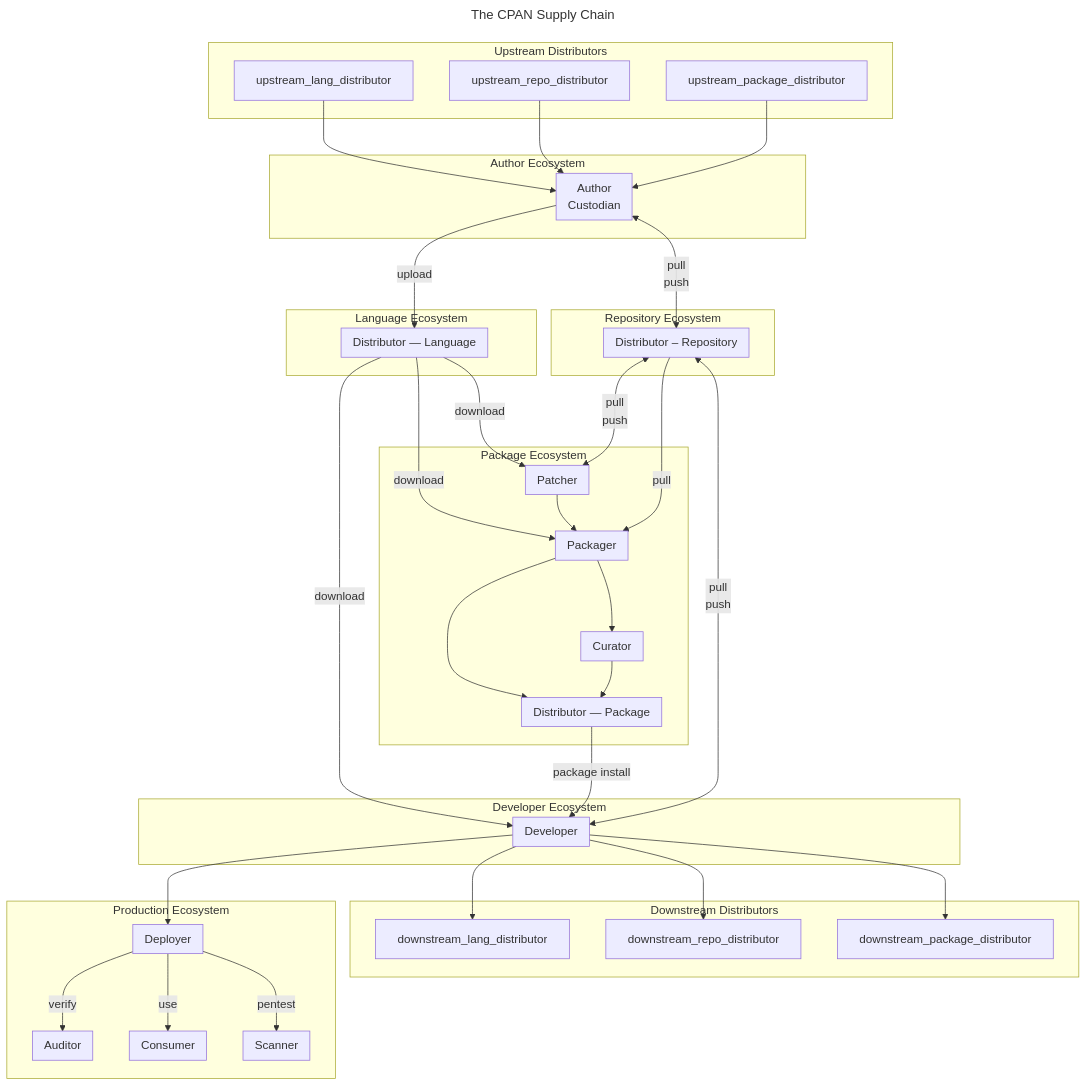
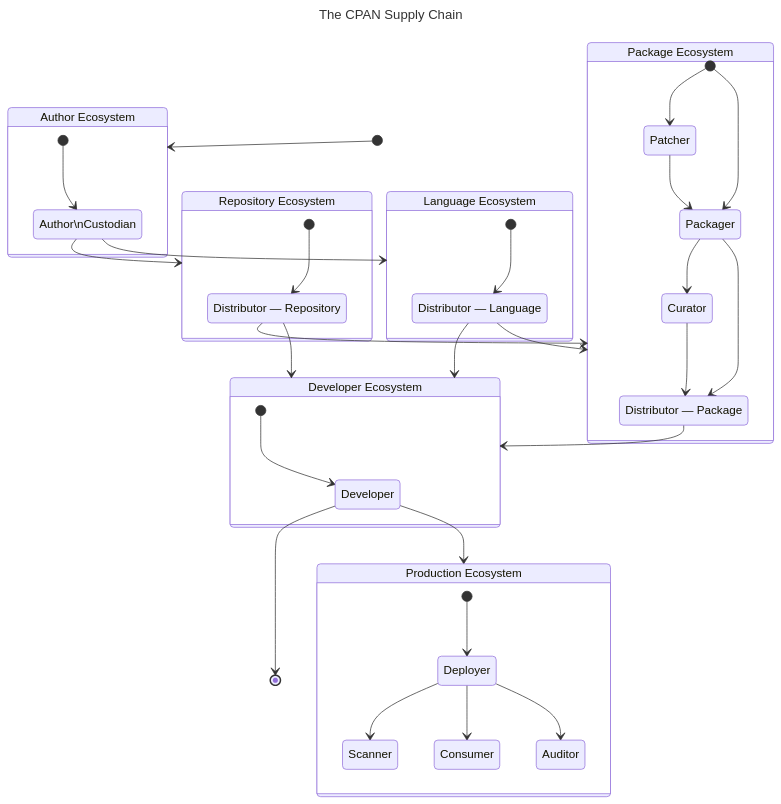
Before and after one commit to CPAN-Security/security.metacpan.org: the diagram in docs/CPAN-supplychain-state.md, drawn with Mermaid.

Commit message:
Convert to state diagram

````diff
--- a/docs/CPAN-supplychain-state.md
+++ b/docs/CPAN-supplychain-state.md
@@ -2,108 +2,69 @@
 ---
 title: The CPAN Supply Chain
 ---
-flowchart TD
-    subgraph ecosystem_upstream [Upstream Distributors]
-        upstream_lang_distributor
-        upstream_repo_distributor
-        upstream_package_distributor
-    end
+stateDiagram-v2
+    state "Author\nCustodian" as author
+    state "Distributor — Repository" as distributor_repo 
+    state "Distributor — Language" as distributor_lang 
+    state "Distributor — Package" as distributor_package
+    state "Patcher" as patcher
+    state "Packager" as packager
+    state "Curator" as curator
+    state "Developer" as developer
+    state "Deployer" as deployer
+    state "Scanner" as scanner
+    state "Consumer" as consumer
+    state "Auditor" as auditor
 
-    subgraph ecosystem_author [Author Ecosystem]
-        author
-    end
+	[*] --> ecosystem_author
 
-    subgraph ecosystem_lang [Language Ecosystem]
-        distributor_lang
-    end
+	state "Author Ecosystem" as ecosystem_author {
+    	[*] --> author
+    }
 
-    subgraph ecosystem_repo [Repository Ecosystem]
-        distributor_repo
-    end
+    author --> ecosystem_repo
+    author --> ecosystem_lang
 
-    subgraph ecosystem_package [Package Ecosystem]
-        patcher
-        packager
-        curator
-        distributor_package
-    end
+    state "Language Ecosystem" as ecosystem_lang {
+    	[*] --> distributor_lang
+    }
 
-    subgraph ecosystem_developer [Developer Ecosystem]
-        developer
-    end
+	distributor_lang --> ecosystem_developer
+	distributor_lang --> ecosystem_package
 
-    subgraph ecosystem_production [Production Ecosystem]
-        deployer
-        scanner
-        consumer
-        auditor
-    end
+	state "Repository Ecosystem" as ecosystem_repo {
+		[*] --> distributor_repo
+	}
 
-    subgraph ecosystem_downstream [Downstream Distributors]
-        downstream_lang_distributor
-        downstream_repo_distributor
-        downstream_package_distributor
-    end
+   	distributor_repo --> ecosystem_package
+    distributor_repo --> ecosystem_developer
 
-    subgraph author [Author\nCustodian]
-    end
+	state "Package Ecosystem" as ecosystem_package {
+		[*] --> patcher
+		[*] --> packager
+    	patcher --> packager
+    	packager --> curator
+    	packager --> distributor_package
+    	curator --> distributor_package
+	}
 
-    subgraph distributor_repo [Distributor – Repository]
-    end
+    distributor_package --> ecosystem_developer
 
-    subgraph distributor_lang [Distributor — Language]
-    end
+	state "Developer Ecosystem" as ecosystem_developer {
+		[*] --> developer
+	}
 
-    subgraph distributor_package [Distributor — Package]
-    end
+    developer --> ecosystem_prod
 
-    subgraph patcher [Patcher]
-    end
+	state "Production Ecosystem" as ecosystem_prod {
+		[*] --> deployer
+    	deployer --> scanner
+    	deployer --> consumer
+    	deployer --> auditor
 
-    subgraph packager [Packager]
-    end
+	}
 
-    subgraph curator [Curator]
-    end
+    developer --> [*]
 
-    subgraph developer [Developer]
-    end
-
-    subgraph deployer [Deployer]
-    end
-
-    subgraph scanner [Scanner]
-    end
-
-    subgraph consumer [Consumer]
-    end
-
-    subgraph auditor [Auditor]
-    end
-
-    upstream_lang_distributor --> author
-    upstream_repo_distributor --> author
-    upstream_package_distributor --> author
-    author -->|upload| distributor_lang
-    distributor_lang -->|download| developer
-    distributor_lang -->|download| packager
-    distributor_lang -->|download| patcher
-    patcher --> packager
-    packager --> distributor_package
-    packager --> curator
-    curator --> distributor_package
-    developer --> deployer
-    developer --> downstream_repo_distributor
-    developer --> downstream_lang_distributor
-    developer --> downstream_package_distributor
-    distributor_package -->|package install| developer
-    deployer -->|pentest| scanner
-    deployer -->|use| consumer
-    deployer -->|verify| auditor
-
-    author <-->|pull\npush| distributor_repo
-    distributor_repo -->|pull| packager
-    distributor_repo <-->|pull\npush| patcher
-    distributor_repo <-->|pull\npush| developer
 
 ```
````
